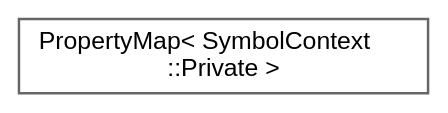
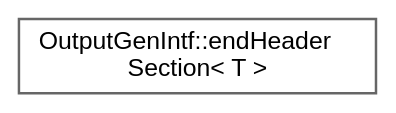
Before and after one commit to zipa/doxygen: the diagram in inherit_graph_633.dot, drawn with Graphviz. The commit also changed 8925 other files, not shown here.

```diff
--- a/inherit_graph_633.dot
+++ b/inherit_graph_633.dot
@@ -1,10 +1,10 @@
 digraph "Graphical Class Hierarchy"
 {
  // INTERACTIVE_SVG=YES
  // LATEX_PDF_SIZE
   bgcolor="transparent";
   edge [fontname=Helvetica,fontsize=10,labelfontname=Helvetica,labelfontsize=10];
   node [fontname=Helvetica,fontsize=10,shape=box,height=0.2,width=0.4];
   rankdir="LR";
-  Node0 [label="PropertyMap\< SymbolContext\l::Private \>",height=0.2,width=0.4,color="grey40", fillcolor="white", style="filled",URL="$d5/dbf/class_property_map.html",tooltip=" "];
+  Node0 [label="OutputGenIntf::endHeader\lSection\< T \>",height=0.2,width=0.4,color="grey40", fillcolor="white", style="filled",URL="$d7/d70/struct_output_gen_intf_1_1end_header_section.html",tooltip=" "];
 }
```
